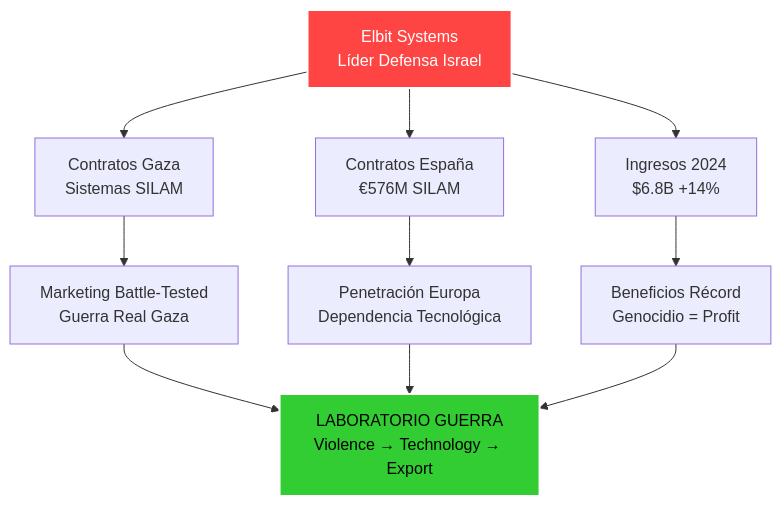
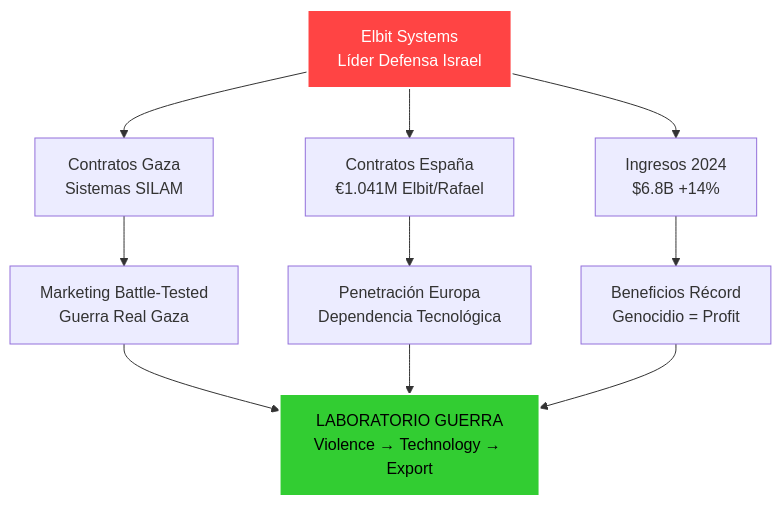
One commit to perpetuocambio/annotations changed diagram 21 of 54 in intel/israel_geopolitical_analysis.md. Above: the diagram before and after it, drawn with Mermaid. The commit also changed other lines of this file, not shown here.

````diff
--- a/intel/israel_geopolitical_analysis.md
+++ b/intel/israel_geopolitical_analysis.md
@@ -633,17 +633,17 @@
 ```mermaid
 flowchart TD
     A[Elbit Systems<br/>Líder Defensa Israel] --> B[Contratos Gaza<br/>Sistemas SILAM]
-    A --> C[Contratos España<br/>€576M SILAM]
+    A --> C[Contratos España<br/>€1.041M Elbit/Rafael]
     A --> D[Ingresos 2024<br/>$6.8B +14%]
     
     B --> E[Marketing Battle-Tested<br/>Guerra Real Gaza]
     C --> F[Penetración Europa<br/>Dependencia Tecnológica]
     D --> G[Beneficios Récord<br/>Genocidio = Profit]
     
     E --> H[LABORATORIO GUERRA<br/>Violence → Technology → Export]
     F --> H
     G --> H
     
     style A fill:#ff4444,stroke:#fff,stroke-width:2px,color:#fff
     style H fill:#32cd32,stroke:#fff,stroke-width:2px,color:#000
 ```
````
